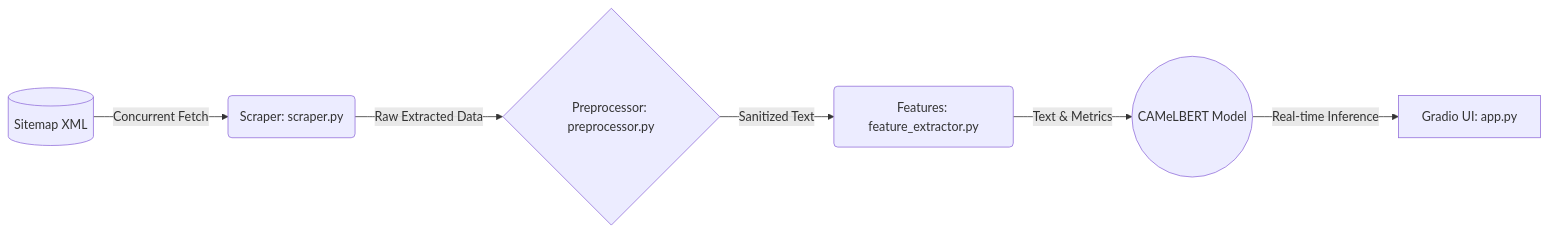
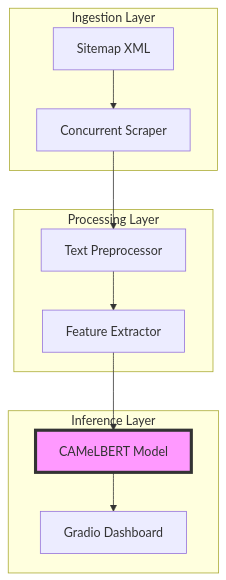
Before and after one commit to Alhareith/arabic-news-classifier: the diagram in README.md, drawn with Mermaid. The commit also changed other lines of this file, not shown here.

First line of the commit message:
Revise README with new project details and features

````diff
--- a/README.md
+++ b/README.md
@@ -86,8 +90,18 @@
 ```mermaid
-graph LR
-    A[(Sitemap XML)] -->|Concurrent Fetch| B(Scraper: scraper.py)
-    B -->|Raw Extracted Data| C{Preprocessor: preprocessor.py}
-    C -->|Sanitized Text| D(Features: feature_extractor.py)
-    D -->|Text & Metrics| E((CAMeLBERT Model))
-    E -->|Real-time Inference| F[Gradio UI: app.py]
+graph TD
+    subgraph "Ingestion Layer"
+    A[Sitemap XML] --> B[Concurrent Scraper]
+    end
+    
+    subgraph "Processing Layer"
+    B --> C[Text Preprocessor]
+    C --> D[Feature Extractor]
+    end
+    
+    subgraph "Inference Layer"
+    D --> E[CAMeLBERT Model]
+    E --> F[Gradio Dashboard]
+    end
+    
+    style E fill:#f9f,stroke:#333,stroke-width:4px
 ```
````
